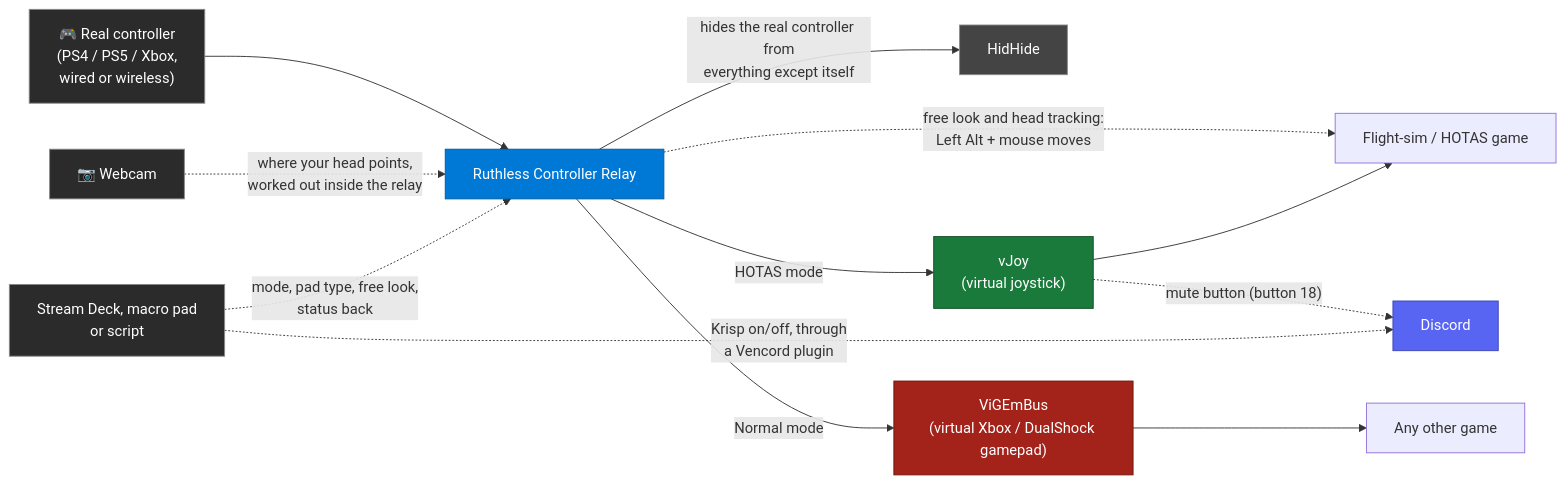
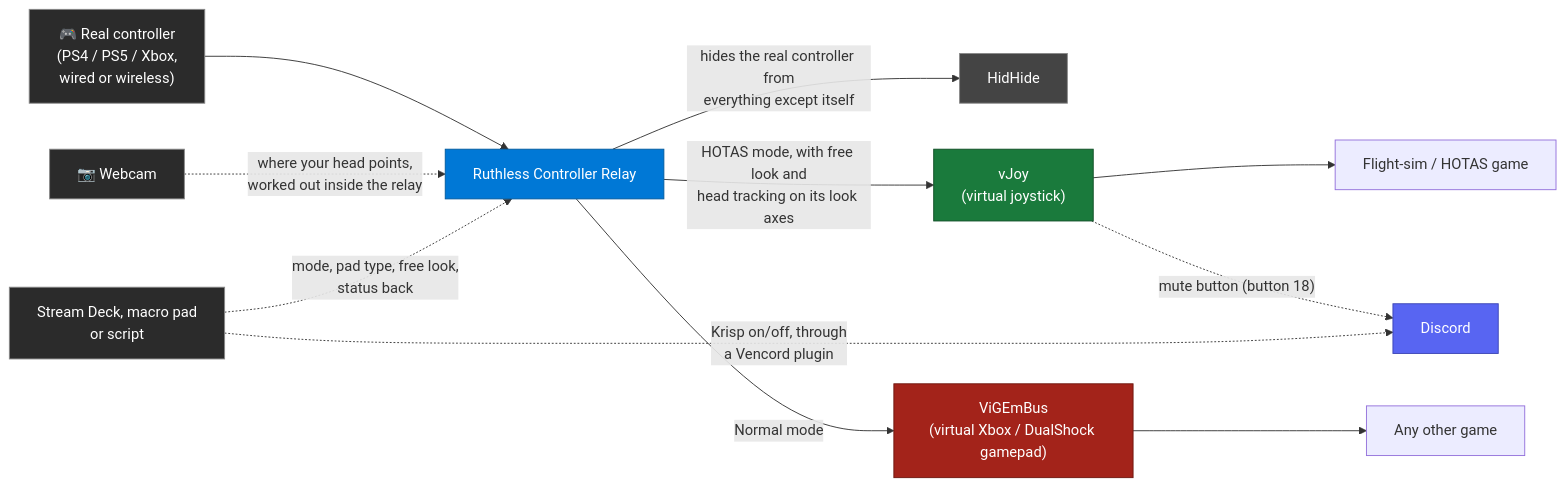
The diagram in README.md (spongebobmoviept-lab/RuthlessControllerRelay), drawn with Mermaid before and after one commit. The commit also changed other lines of this file and 18 other files, not shown here.

````diff
--- a/README.md
+++ b/README.md
@@ -37,25 +331,24 @@
 ```mermaid
 flowchart LR
     C["🎮 Real controller<br/>(PS4 / PS5 / Xbox,<br/>wired or wireless)"] --> R["Ruthless Controller Relay"]
     W["📷 Webcam"] -. "where your head points,<br/>worked out inside the relay" .-> R
     K["Stream Deck, macro pad<br/>or script"] -. "mode, pad type, free look,<br/>status back" .-> R
 
     R -- "hides the real controller from<br/>everything except itself" --> H["HidHide"]
-    R -- "HOTAS mode" --> V["vJoy<br/>(virtual joystick)"]
+    R -- "HOTAS mode, with free look and<br/>head tracking on its look axes" --> V["vJoy<br/>(virtual joystick)"]
     R -- "Normal mode" --> G["ViGEmBus<br/>(virtual Xbox / DualShock gamepad)"]
-    R -. "free look and head tracking:<br/>Left Alt + mouse moves" .-> Game1
     V --> Game1["Flight-sim / HOTAS game"]
     G --> Game2["Any other game"]
 
     V -. "mute button (button 18)" .-> D["Discord"]
     K -. "Krisp on/off, through<br/>a Vencord plugin" .-> D
 
     style C fill:#2b2b2b,stroke:#888,color:#fff
     style R fill:#0078D6,stroke:#005a9e,color:#fff
     style H fill:#444,stroke:#888,color:#fff
     style V fill:#1a7a3c,stroke:#0e4d24,color:#fff
     style G fill:#a3231a,stroke:#6e160f,color:#fff
     style W fill:#2b2b2b,stroke:#888,color:#fff
     style K fill:#2b2b2b,stroke:#888,color:#fff
     style D fill:#5865F2,stroke:#3b45b5,color:#fff
 ```
````
